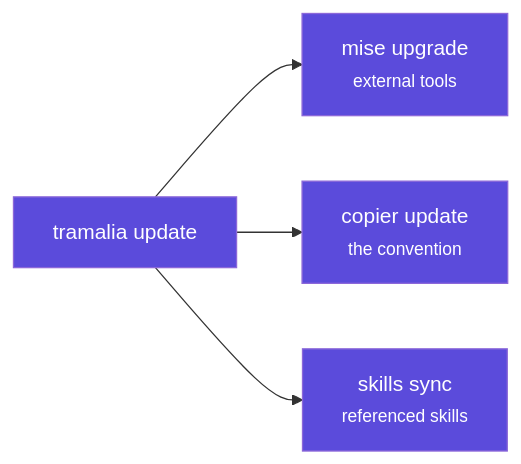
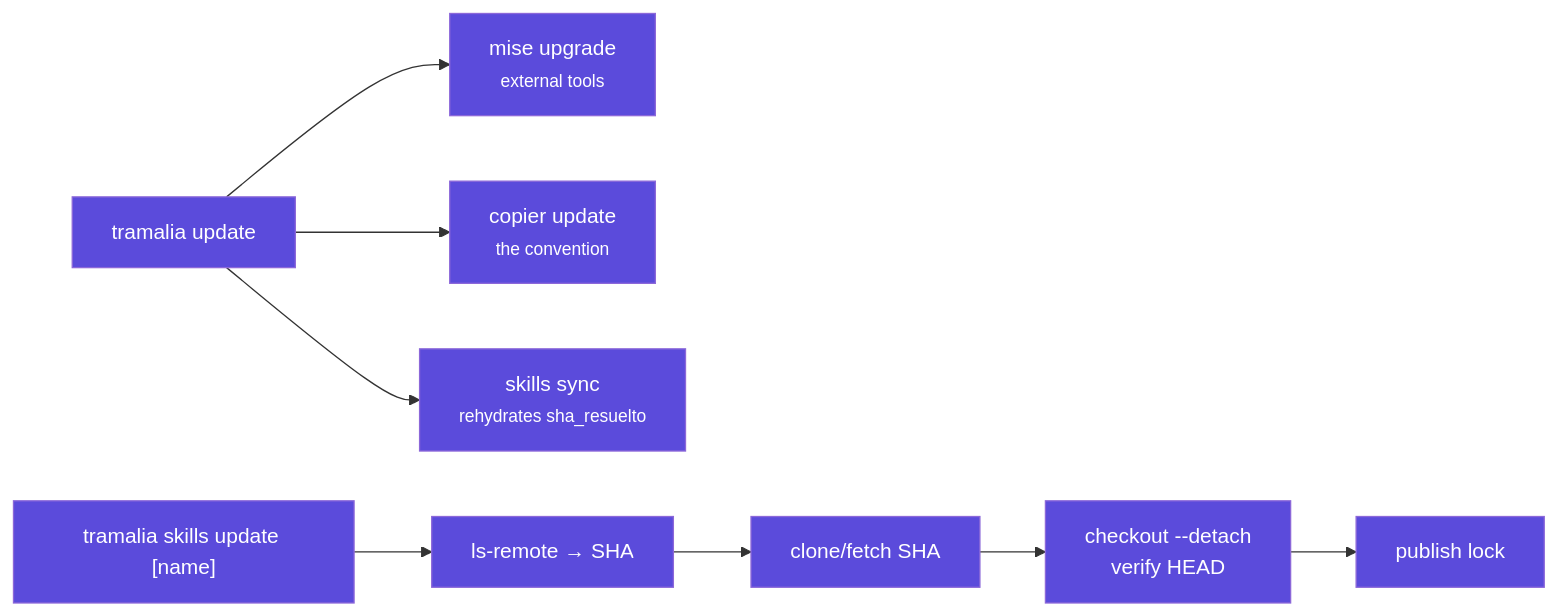
One commit to MscottB/tramalia changed the second of 3 diagrams in docs/arquitectura.en.md. Above: the diagram before and after it, drawn with Mermaid. The commit also changed other lines of this file and 15 other files, not shown here.

````diff
--- a/docs/arquitectura.en.md
+++ b/docs/arquitectura.en.md
@@ -70,7 +70,11 @@
 ```mermaid
 flowchart LR
     classDef step fill:#5b4bdb,stroke:#8c68d9,color:#ffffff;
     U["tramalia update"]:::step --> A["mise upgrade<br/><small>external tools</small>"]:::step
     U --> B["copier update<br/><small>the convention</small>"]:::step
-    U --> C["skills sync<br/><small>referenced skills</small>"]:::step
+    U --> C["skills sync<br/><small>rehydrates sha_resuelto</small>"]:::step
+    V["tramalia skills update [name]"]:::step --> R["ls-remote → SHA"]:::step
+    R --> F["clone/fetch SHA"]:::step
+    F --> D["checkout --detach<br/>verify HEAD"]:::step
+    D --> L["publish lock"]:::step
 ```
````
